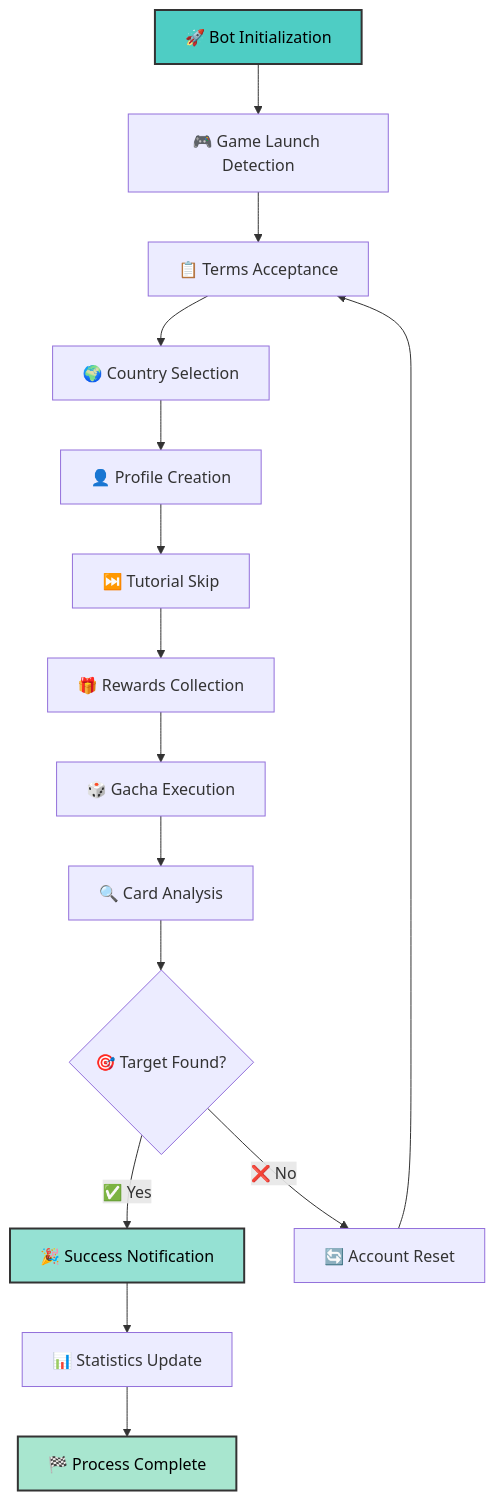
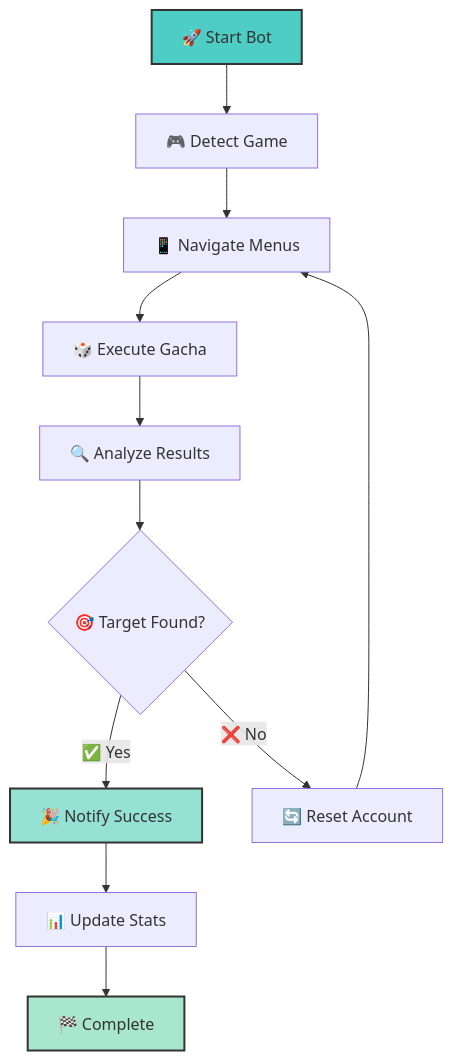
Before and after one commit to WualterS00/Umapyoi-AutoReroll: the diagram in README.md, drawn with Mermaid. The commit also changed other lines of this file, not shown here.

````diff
--- a/README.md
+++ b/README.md
@@ -155,21 +113,17 @@
 ```mermaid
 graph TD
-    A[🚀 Bot Initialization] --> B[🎮 Game Launch Detection]
-    B --> C[📋 Terms Acceptance]
-    C --> D[🌍 Country Selection]
-    D --> E[👤 Profile Creation]
-    E --> F[⏭️ Tutorial Skip]
-    F --> G[🎁 Rewards Collection]
-    G --> H[🎲 Gacha Execution]
-    H --> I[🔍 Card Analysis]
-    I --> J{🎯 Target Found?}
-    J -->|✅ Yes| K[🎉 Success Notification]
-    J -->|❌ No| L[🔄 Account Reset]
-    L --> C
-    K --> M[📊 Statistics Update]
-    M --> N[🏁 Process Complete]
+    A[🚀 Start Bot] --> B[🎮 Detect Game]
+    B --> C[📱 Navigate Menus]
+    C --> D[🎲 Execute Gacha]
+    D --> E[🔍 Analyze Results]
+    E --> F{🎯 Target Found?}
+    F -->|✅ Yes| G[🎉 Notify Success]
+    F -->|❌ No| H[🔄 Reset Account]
+    H --> C
+    G --> I[📊 Update Stats]
+    I --> J[🏁 Complete]
     
-    style A fill:#4ECDC4,stroke:#333,stroke-width:2px,color:#000
-    style K fill:#95E1D3,stroke:#333,stroke-width:2px,color:#000
-    style N fill:#A8E6CF,stroke:#333,stroke-width:2px,color:#000
+    style A fill:#4ECDC4,stroke:#333,stroke-width:2px
+    style G fill:#95E1D3,stroke:#333,stroke-width:2px
+    style J fill:#A8E6CF,stroke:#333,stroke-width:2px
 ```
````
